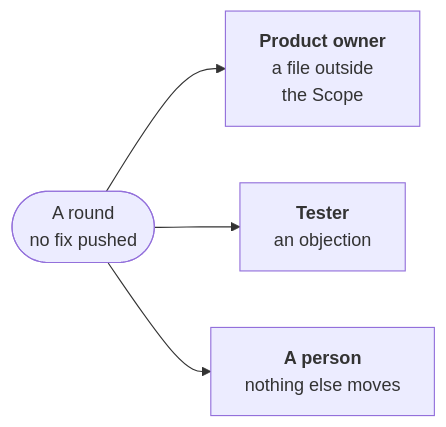
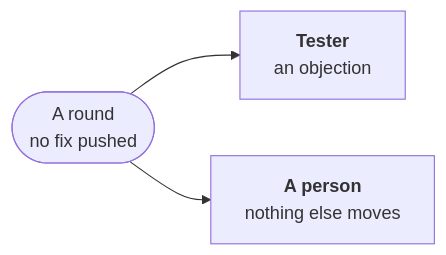
Before and after one commit to JN0V/workline: the diagram in roles/developer/docs/review-held.md, drawn with Mermaid. The commit also changed other lines of this file and 12 other files, not shown here.

````diff
--- a/roles/developer/docs/review-held.md
+++ b/roles/developer/docs/review-held.md
@@ -16,10 +15,8 @@
 ```mermaid
 flowchart LR
   round(["A round<br/>no fix pushed"])
-  po["<b>Product owner</b><br/>a file outside<br/>the Scope"]
   tester["<b>Tester</b><br/>an objection"]
   person["<b>A person</b><br/>nothing else moves"]
-  round --> po
   round --> tester
   round --> person
 ```
````
